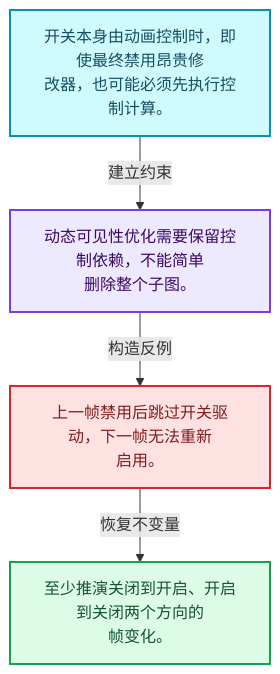
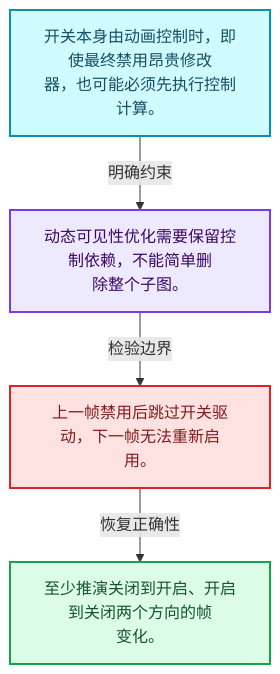
Before and after one commit to yunkezengren/blender-.vscode: the first of 4 diagrams in 杂/markdown/全面学习-codex/11-Depsgraph与并行任务系统/06-可见性与求值调度.md, drawn with Mermaid. The commit also changed other lines of this file and 1930 other files, not shown here.

````diff
--- a/杂/markdown/全面学习-codex/11-Depsgraph与并行任务系统/06-可见性与求值调度.md
+++ b/杂/markdown/全面学习-codex/11-Depsgraph与并行任务系统/06-可见性与求值调度.md
@@ -29,16 +29,16 @@
 ```mermaid
 flowchart TB
-  M["开关本身由动画控制时，即使最终禁用昂贵修<br/>改器，也可能必须先执行控制计算。"]:::data
-  T["动态可见性优化需要保留控制依赖，不能简单<br/>删除整个子图。"]:::abstraction
-  X["上一帧禁用后跳过开关驱动，下一帧无法重新<br/>启用。"]:::error
-  A["至少推演关闭到开启、开启到关闭两个方向的<br/>帧变化。"]:::result
-  M -->|"建立约束"| T
-  T -->|"构造反例"| X
-  X -->|"恢复不变量"| A
+  M["开关本身由动画控制时，即使最终禁用昂贵修改<br/>器，也可能必须先执行控制计算。"]:::data
+  C["动态可见性优化需要保留控制依赖，不能简单删<br/>除整个子图。"]:::abstraction
+  B["上一帧禁用后跳过开关驱动，下一帧无法重新启<br/>用。"]:::error
+  R["至少推演关闭到开启、开启到关闭两个方向的帧<br/>变化。"]:::result
+  M -->|"明确约束"| C
+  C -->|"检验边界"| B
+  B -->|"恢复正确性"| R
   classDef input fill:#DBEAFE,stroke:#2563EB,color:#172554,stroke-width:2px;
   classDef data fill:#CFFAFE,stroke:#0891B2,color:#164E63,stroke-width:2px;
   classDef abstraction fill:#EDE9FE,stroke:#7C3AED,color:#3B0764,stroke-width:2px;
   classDef compute fill:#FEF3C7,stroke:#D97706,color:#78350F,stroke-width:2px;
   classDef result fill:#DCFCE7,stroke:#16A34A,color:#14532D,stroke-width:2px;
   classDef error fill:#FEE2E2,stroke:#DC2626,color:#7F1D1D,stroke-width:2px;
 ```
````
